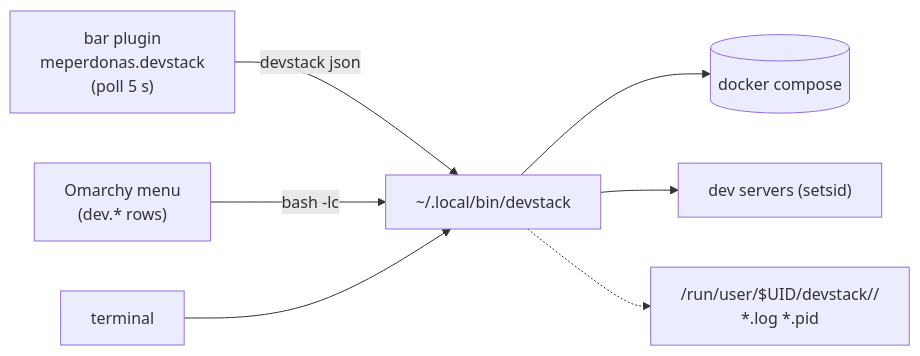
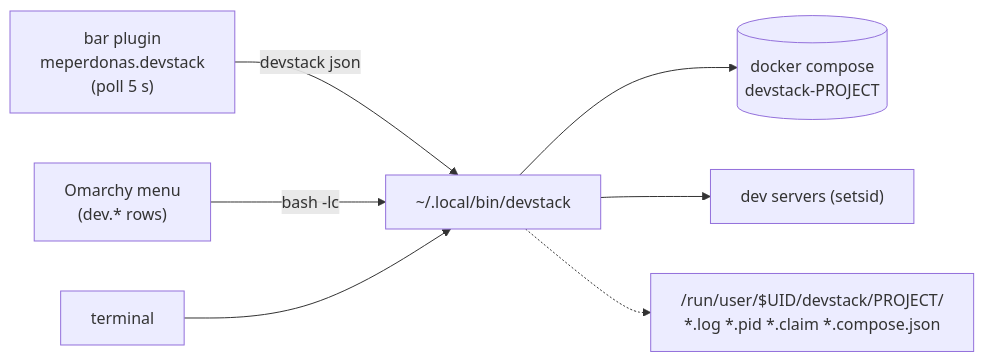
One commit to meperdev/omarchy-devstack changed the diagram in README.md. Above: the diagram before and after it, drawn with Mermaid. The commit also changed other lines of this file and 8 other files, not shown here.

````diff
--- a/README.md
+++ b/README.md
@@ -406,9 +440,9 @@
 ```mermaid
 graph LR
   W["bar plugin<br/>meperdonas.devstack<br/>(poll 5 s)"] -- "devstack json" --> S["~/.local/bin/devstack"]
   M["Omarchy menu<br/>(dev.* rows)"] -- "bash -lc" --> S
   T["terminal"] --> S
-  S --> PG[("docker compose")]
+  S --> PG[("docker compose<br/>devstack-PROJECT")]
   S --> BE["dev servers (setsid)"]
-  S -.-> RT["/run/user/$UID/devstack/<project>/<br/>*.log *.pid"]
+  S -.-> RT["/run/user/$UID/devstack/PROJECT/<br/>*.log *.pid *.claim *.compose.json"]
 ```
````
